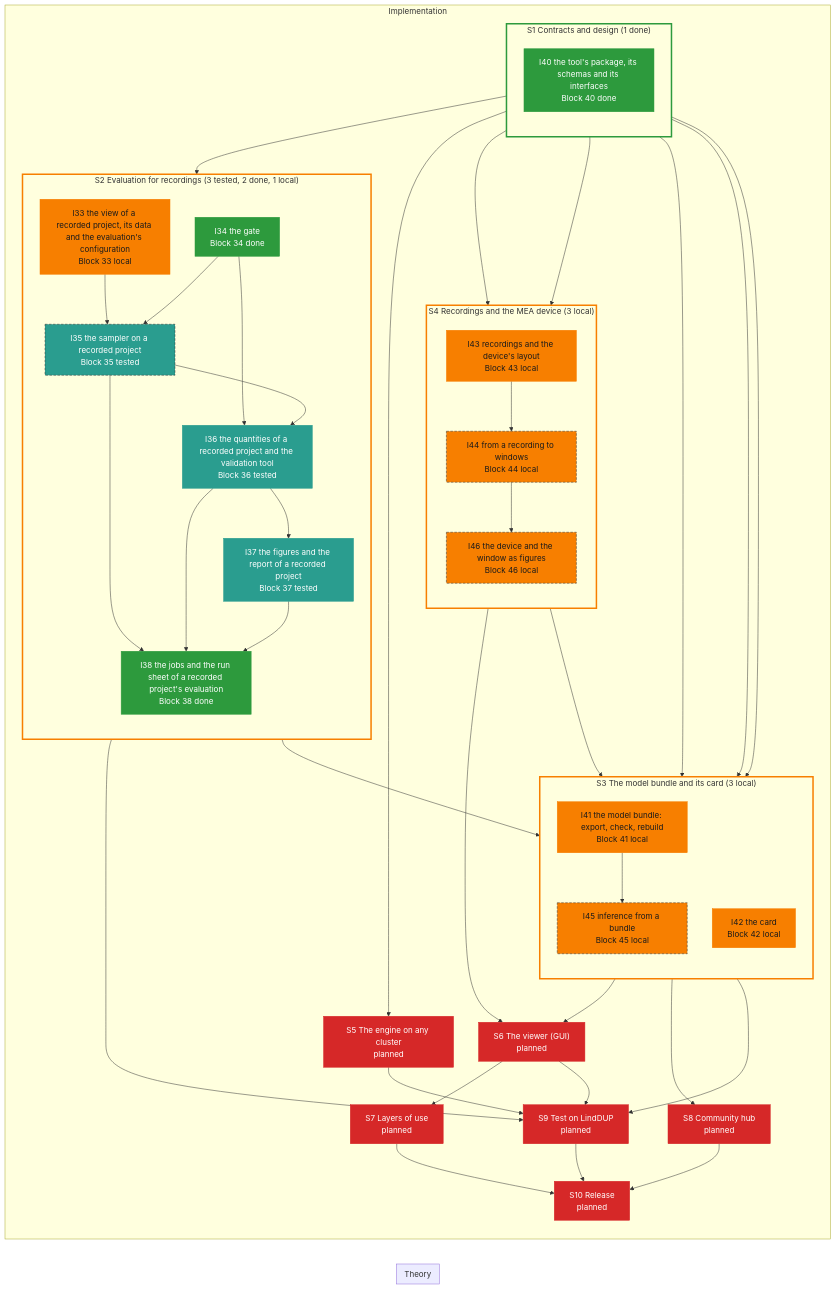
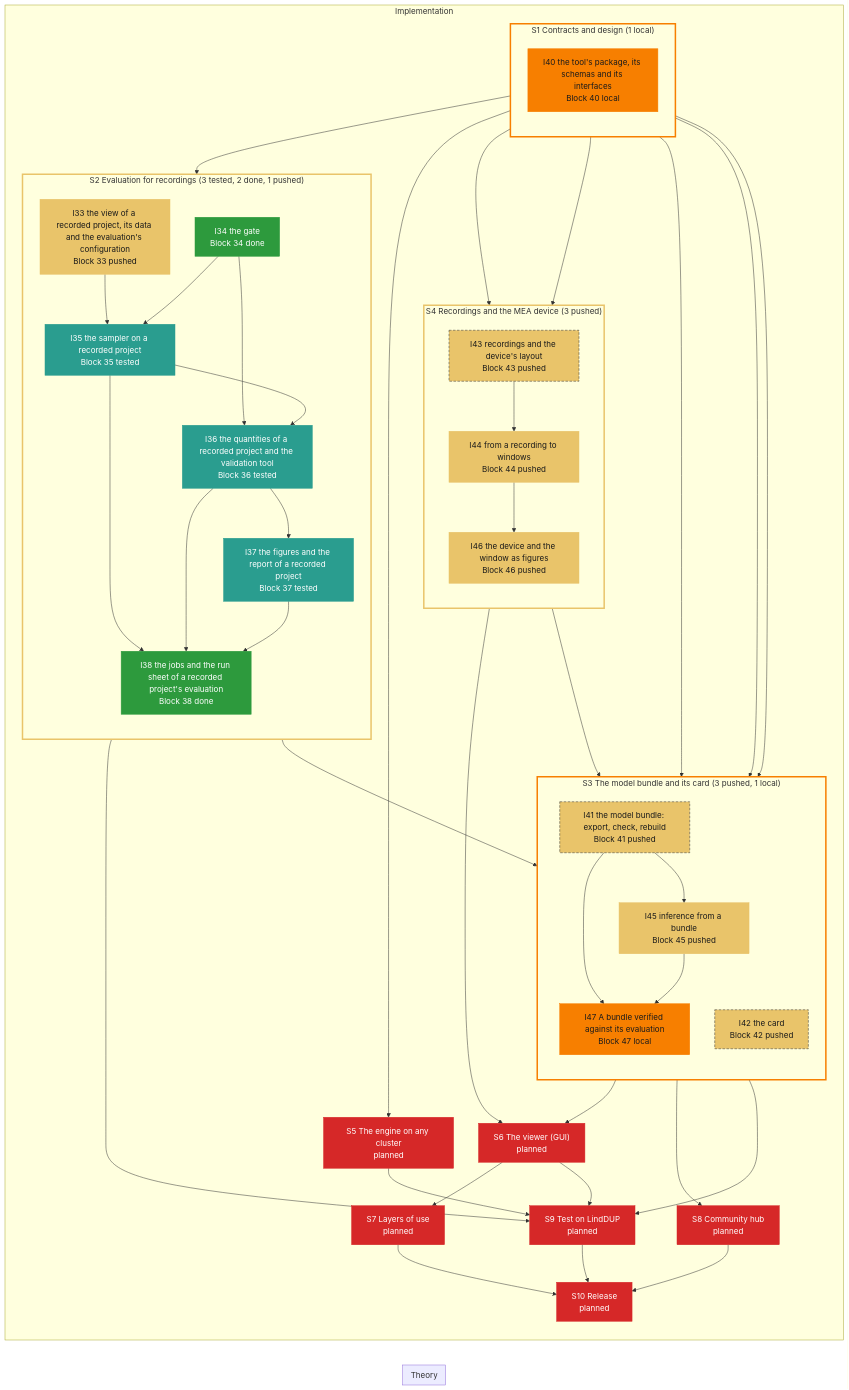
Before and after one commit to Leonardodm00/Simulation-Based-Inference: the diagram in specs/roadmap/tool.md, drawn with Mermaid. The commit also changed other lines of this file, not shown here.

Commit message:
roadmap: tool re-rendered with I47
Claude-Session: https://claude.ai/code/session_015FuK9waJUq8JtaZq99jETA

````diff
--- a/specs/roadmap/tool.md
+++ b/specs/roadmap/tool.md
@@ -21,30 +21,31 @@
     end
     subgraph impl["Implementation"]
         direction TB
-        subgraph grp_S1["S1 Contracts and design (1 done)"]
+        subgraph grp_S1["S1 Contracts and design (1 local)"]
             direction TB
-            I40["I40 the tool's package, its schemas and its interfaces<br/>Block 40 done"]:::done
+            I40["I40 the tool's package, its schemas and its interfaces<br/>Block 40 local"]:::local
         end
-        subgraph grp_S2["S2 Evaluation for recordings (3 tested, 2 done, 1 local)"]
+        subgraph grp_S2["S2 Evaluation for recordings (3 tested, 2 done, 1 pushed)"]
             direction TB
-            I33["I33 the view of a recorded project, its data and the evaluation's configuration<br/>Block 33 local"]:::local
+            I33["I33 the view of a recorded project, its data and the evaluation's configuration<br/>Block 33 pushed"]:::pushed
             I34["I34 the gate<br/>Block 34 done"]:::done
             I35["I35 the sampler on a recorded project<br/>Block 35 tested"]:::tested
             I36["I36 the quantities of a recorded project and the validation tool<br/>Block 36 tested"]:::tested
             I37["I37 the figures and the report of a recorded project<br/>Block 37 tested"]:::tested
             I38["I38 the jobs and the run sheet of a recorded project's evaluation<br/>Block 38 done"]:::done
         end
-        subgraph grp_S3["S3 The model bundle and its card (3 local)"]
+        subgraph grp_S3["S3 The model bundle and its card (3 pushed, 1 local)"]
             direction TB
-            I41["I41 the model bundle: export, check, rebuild<br/>Block 41 local"]:::local
-            I42["I42 the card<br/>Block 42 local"]:::local
-            I45["I45 inference from a bundle<br/>Block 45 local"]:::local
+            I41["I41 the model bundle: export, check, rebuild<br/>Block 41 pushed"]:::pushed
+            I42["I42 the card<br/>Block 42 pushed"]:::pushed
+            I45["I45 inference from a bundle<br/>Block 45 pushed"]:::pushed
+            I47["I47 A bundle verified against its evaluation<br/>Block 47 local"]:::local
         end
-        subgraph grp_S4["S4 Recordings and the MEA device (3 local)"]
+        subgraph grp_S4["S4 Recordings and the MEA device (3 pushed)"]
             direction TB
-            I43["I43 recordings and the device's layout<br/>Block 43 local"]:::local
-            I44["I44 from a recording to windows<br/>Block 44 local"]:::local
-            I46["I46 the device and the window as figures<br/>Block 46 local"]:::local
+            I43["I43 recordings and the device's layout<br/>Block 43 pushed"]:::pushed
+            I44["I44 from a recording to windows<br/>Block 44 pushed"]:::pushed
+            I46["I46 the device and the window as figures<br/>Block 46 pushed"]:::pushed
         end
         S5["S5 The engine on any cluster<br/>planned"]:::planned
         S6["S6 The viewer (GUI)<br/>planned"]:::planned
@@ -83,10 +84,12 @@
         I41 --> I45
         I44 --> I45
         I44 --> I46
+        I41 --> I47
+        I45 --> I47
     end
-    class I35,I44,I45,I46 blocked
-    style grp_S1 stroke:#2d9a3d,stroke-width:3px
-    style grp_S2 stroke:#f77f00,stroke-width:3px
+    class I41,I42,I43 blocked
+    style grp_S1 stroke:#f77f00,stroke-width:3px
+    style grp_S2 stroke:#e9c46a,stroke-width:3px
     style grp_S3 stroke:#f77f00,stroke-width:3px
-    style grp_S4 stroke:#f77f00,stroke-width:3px
+    style grp_S4 stroke:#e9c46a,stroke-width:3px
 ```
````
